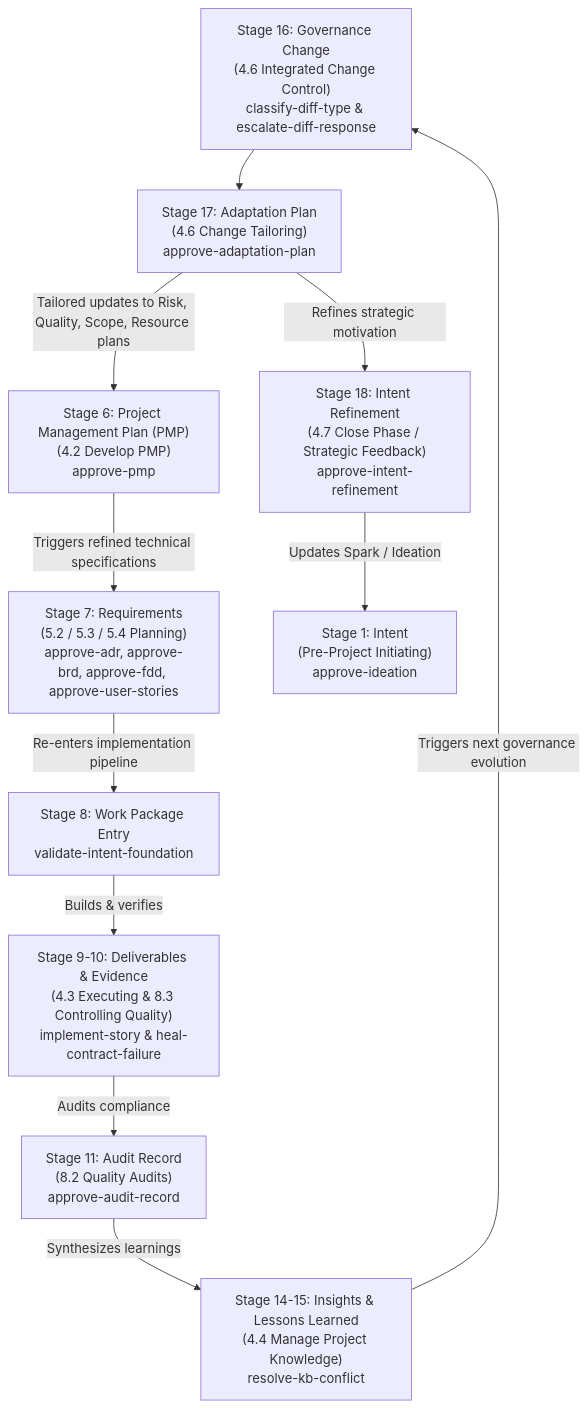
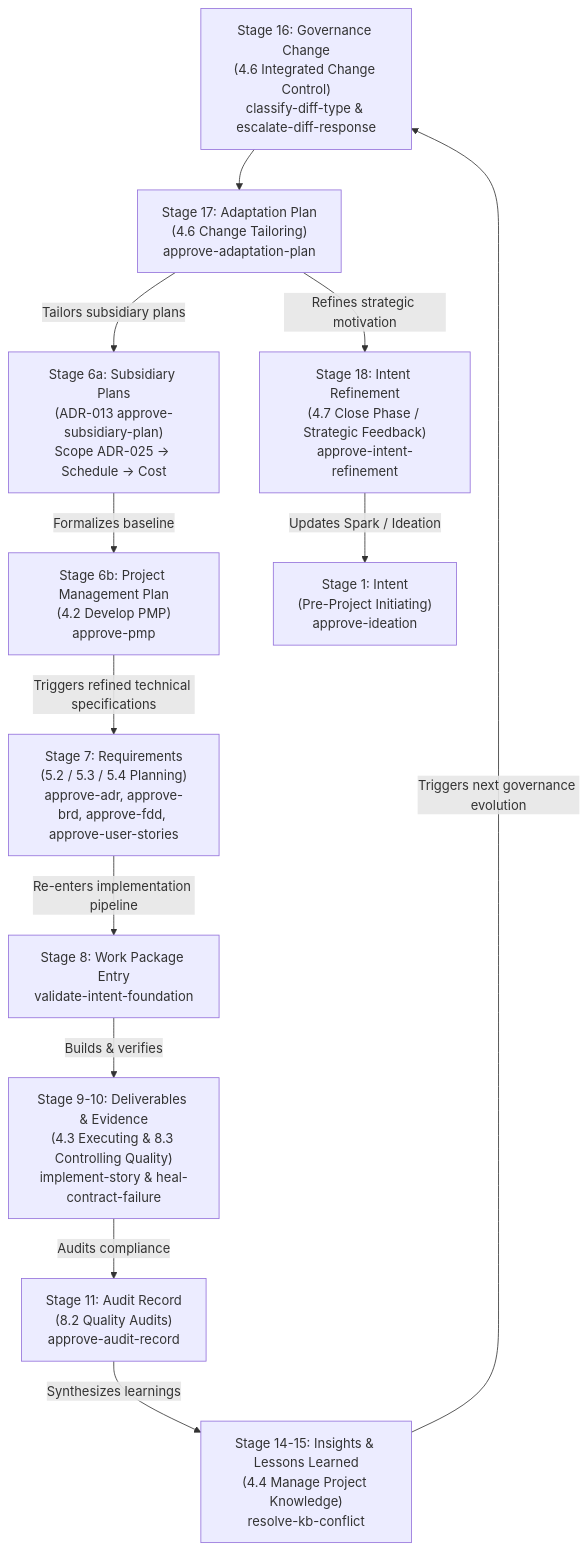
The diagram in docs/intent-to-outcome-chain-coverage.md (mdresch/agent-learning), drawn with Mermaid before and after one commit. The commit also changed other lines of this file, not shown here.

Commit message:
docs(ontology): update intent-to-outcome chain coverage with ADR-013 subsidiary plan gates and ADR-025 DAG ordering

````diff
--- a/docs/intent-to-outcome-chain-coverage.md
+++ b/docs/intent-to-outcome-chain-coverage.md
@@ -72,13 +74,14 @@
 ```mermaid
 flowchart TD
     G["Stage 16: Governance Change<br/>(4.6 Integrated Change Control)<br/>classify-diff-type & escalate-diff-response"] --> A["Stage 17: Adaptation Plan<br/>(4.6 Change Tailoring)<br/>approve-adaptation-plan"]
-    A -->|"Tailored updates to Risk, Quality, Scope, Resource plans"| PMP["Stage 6: Project Management Plan (PMP)<br/>(4.2 Develop PMP)<br/>approve-pmp"]
+    A -->|"Tailors subsidiary plans"| SUB["Stage 6a: Subsidiary Plans<br/>(ADR-013 approve-subsidiary-plan)<br/>Scope ADR-025 → Schedule → Cost"]
+    SUB -->|"Formalizes baseline"| PMP["Stage 6b: Project Management Plan<br/>(4.2 Develop PMP)<br/>approve-pmp"]
     PMP -->|"Triggers refined technical specifications"| REQ["Stage 7: Requirements<br/>(5.2 / 5.3 / 5.4 Planning)<br/>approve-adr, approve-brd, approve-fdd, approve-user-stories"]
     REQ -->|"Re-enters implementation pipeline"| WP["Stage 8: Work Package Entry<br/>validate-intent-foundation"]
     WP -->|"Builds & verifies"| DEL["Stage 9-10: Deliverables & Evidence<br/>(4.3 Executing & 8.3 Controlling Quality)<br/>implement-story & heal-contract-failure"]
     DEL -->|"Audits compliance"| AUD["Stage 11: Audit Record<br/>(8.2 Quality Audits)<br/>approve-audit-record"]
     AUD -->|"Synthesizes learnings"| KB["Stage 14-15: Insights & Lessons Learned<br/>(4.4 Manage Project Knowledge)<br/>resolve-kb-conflict"]
     KB -->|"Triggers next governance evolution"| G
     A -->|"Refines strategic motivation"| IR["Stage 18: Intent Refinement<br/>(4.7 Close Phase / Strategic Feedback)<br/>approve-intent-refinement"]
     IR -->|"Updates Spark / Ideation"| SPARK["Stage 1: Intent<br/>(Pre-Project Initiating)<br/>approve-ideation"]
 ```
````
